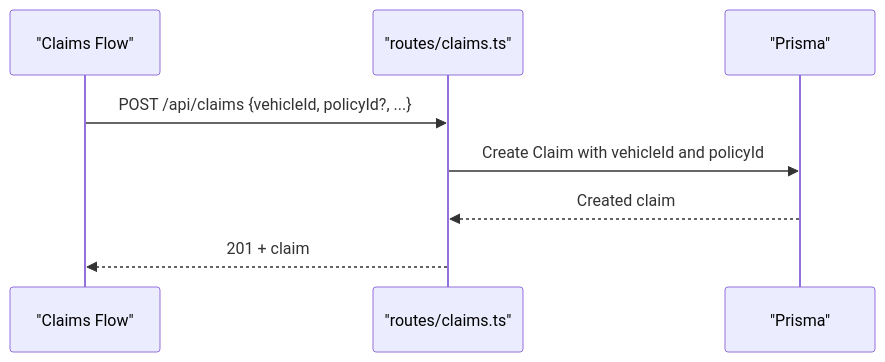
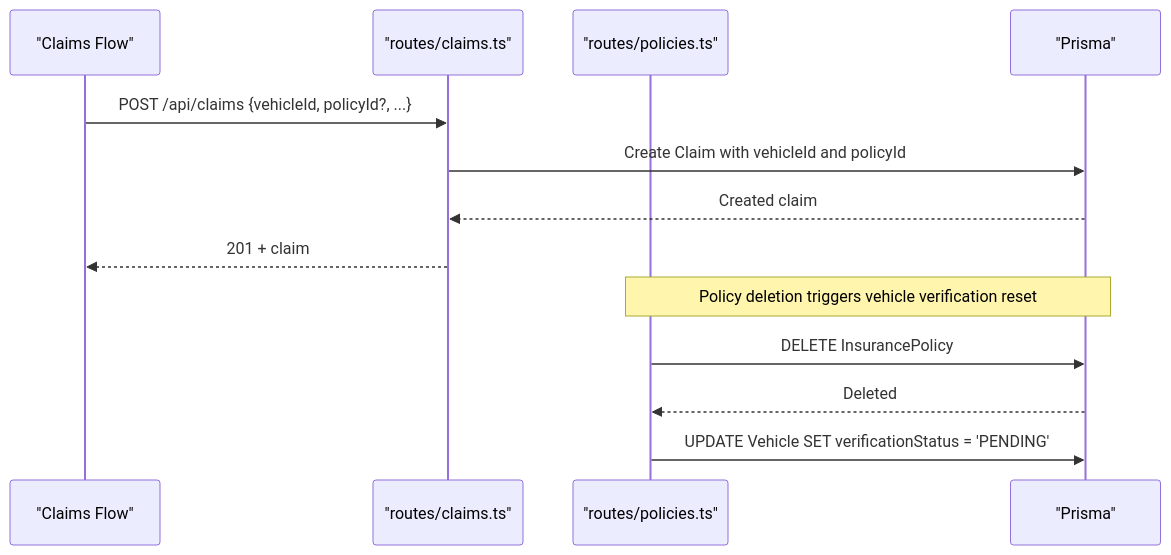
The sixth of 7 diagrams in .qoder/repowiki/en/content/Frontend Documentation/Pages and Views/User Pages/Policy Management Page.md (NaveenHiranya/Smart-Vehicle-Insurance-Claim-System), drawn with Mermaid before and after one commit. The commit also changed other lines of this file and 21 other files, not shown here.

````diff
--- a/.qoder/repowiki/en/content/Frontend Documentation/Pages and Views/User Pages/Policy Management Page.md
+++ b/.qoder/repowiki/en/content/Frontend Documentation/Pages and Views/User Pages/Policy Management Page.md
@@ -288,10 +341,15 @@
 ```mermaid
 sequenceDiagram
 participant FE as "Claims Flow"
 participant BE as "routes/claims.ts"
+participant POL as "routes/policies.ts"
 participant DB as "Prisma"
 FE->>BE : POST /api/claims {vehicleId, policyId?, ...}
 BE->>DB : Create Claim with vehicleId and policyId
 DB-->>BE : Created claim
 BE-->>FE : 201 + claim
+Note over POL,DB : Policy deletion triggers vehicle verification reset
+POL->>DB : DELETE InsurancePolicy
+DB-->>POL : Deleted
+POL->>DB : UPDATE Vehicle SET verificationStatus = 'PENDING'
 ```
````
